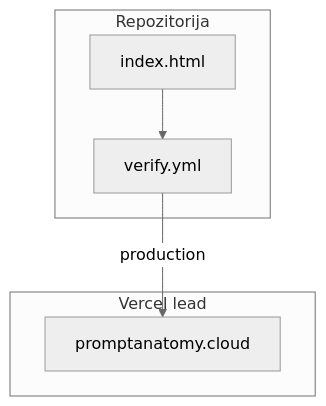
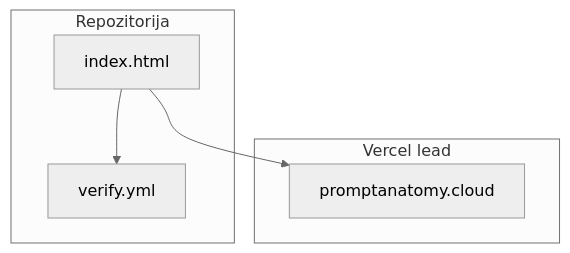
One commit to DITreneris/lead changed the second of 4 diagrams in .cursor/skills/data-agent/reference.md. Above: the diagram before and after it, drawn with Mermaid (neutral theme). The commit also changed 12 other files, not shown here.

````diff
--- a/.cursor/skills/data-agent/reference.md
+++ b/.cursor/skills/data-agent/reference.md
@@ -25,12 +25,12 @@
 ```mermaid
 flowchart TD
   subgraph repo [Repozitorija]
     html[index.html]
     verify[verify.yml]
   end
   subgraph vercel [Vercel lead]
     site[promptanatomy.cloud]
   end
   html --> verify
-  verify -->|"production"| site
+  html --> site
 ```
````
